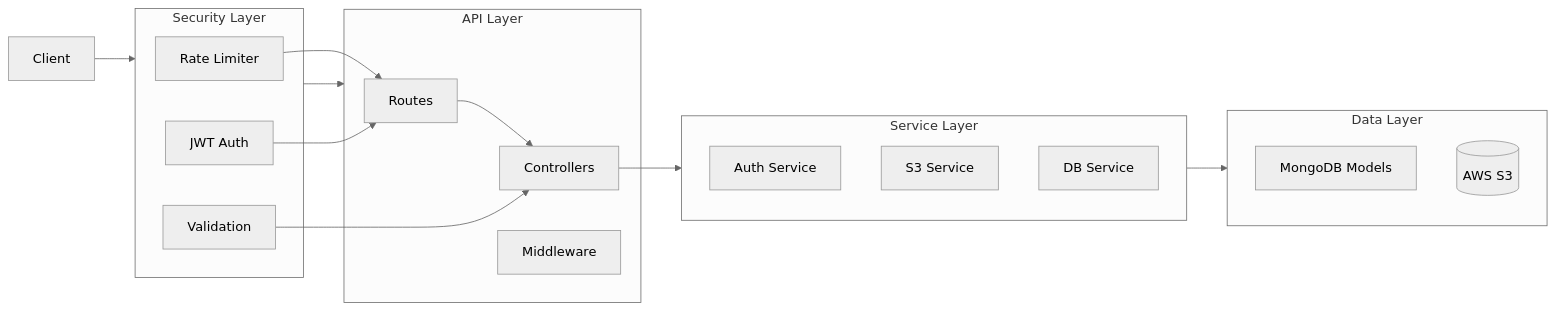
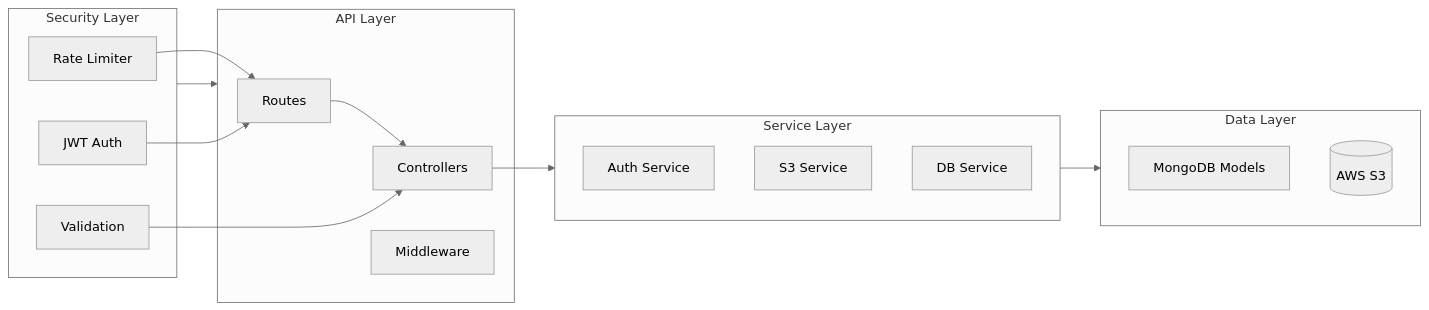
Before and after one commit to El-Omar/portfolio-v3: the diagram in backend/README.md, drawn with Mermaid (neutral theme).

Commit message:
Updating README file

````diff
--- a/backend/README.md
+++ b/backend/README.md
@@ -7,37 +7,36 @@
 ```mermaid
 graph LR
     subgraph Security["Security Layer"]
         Rate[Rate Limiter]
         JWT[JWT Auth]
         Valid[Validation]
     end
 
     subgraph API["API Layer"]
         Routes[Routes]
         Controllers[Controllers]
         Middleware[Middleware]
     end
 
     subgraph Services["Service Layer"]
         Auth[Auth Service]
         Storage[S3 Service]
         DB[DB Service]
     end
 
     subgraph Data["Data Layer"]
         Models[MongoDB Models]
         S3[(AWS S3)]
     end
 
-    Client[Client] --> Security
     Security --> API
     
     Routes --> Controllers
     Controllers --> Services
     
     Services --> Data
     
     Rate --> Routes
     JWT --> Routes
     Valid --> Controllers
 ```
````
